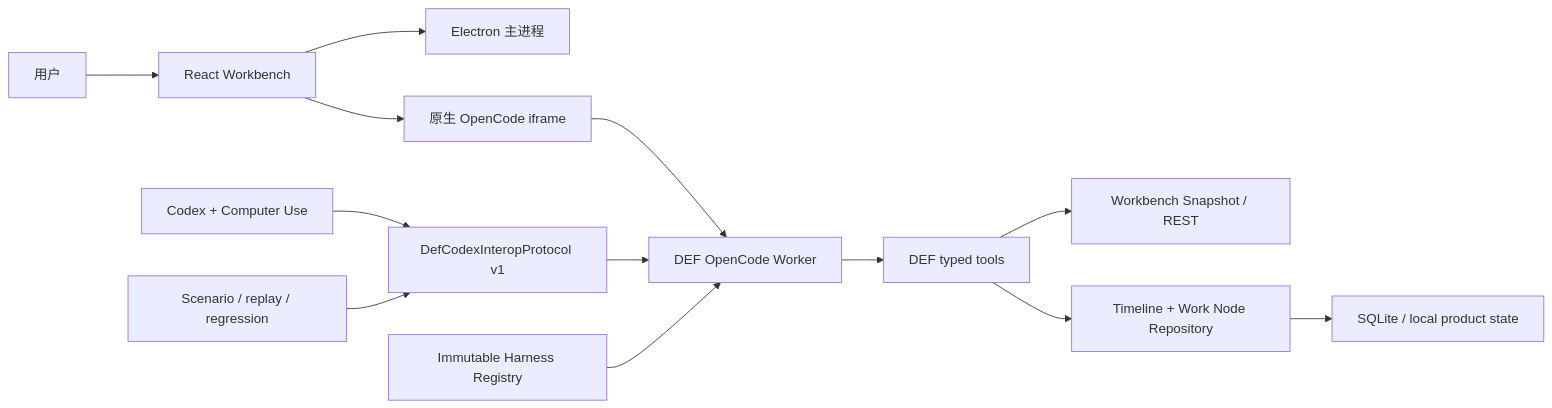
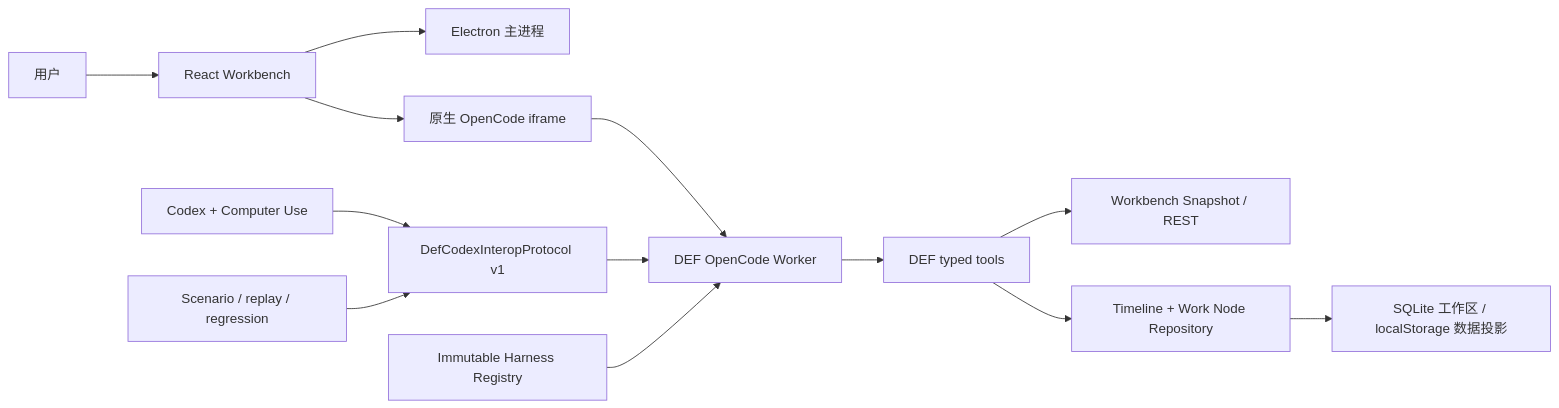
Before and after one commit to Pandluto/dmg-end-field: the diagram in docs/architecture/current-system.md, drawn with Mermaid. The commit also changed other lines of this file and 7 other files, not shown here.

````diff
--- a/docs/architecture/current-system.md
+++ b/docs/architecture/current-system.md
@@ -9,16 +9,16 @@
 ```mermaid
 flowchart LR
   User["用户"] --> UI["React Workbench"]
   UI --> Electron["Electron 主进程"]
   UI --> Iframe["原生 OpenCode iframe"]
   Iframe --> Worker["DEF OpenCode Worker"]
   Worker --> Tools["DEF typed tools"]
   Tools --> Snapshot["Workbench Snapshot / REST"]
   Tools --> Repo["Timeline + Work Node Repository"]
-  Repo --> Store["SQLite / local product state"]
+  Repo --> Store["SQLite 工作区 / localStorage 数据投影"]
 
   Teacher["Codex + Computer Use"] --> Interop["DefCodexInteropProtocol v1"]
   Interop --> Worker
   Judge["Scenario / replay / regression"] --> Interop
   Harness["Immutable Harness Registry"] --> Worker
 ```
````
